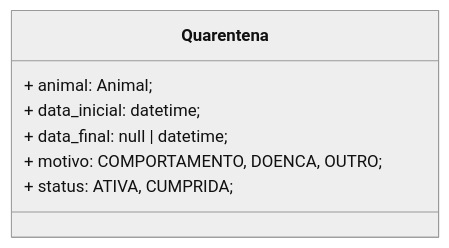
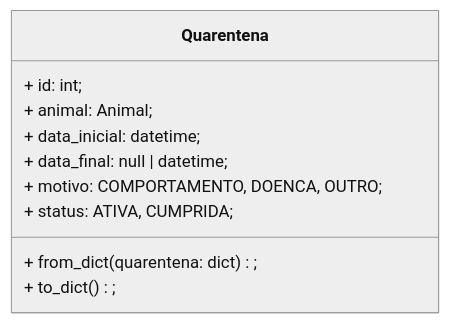
The fifth of 8 diagrams in docs/uml.md (Alisson014/projeto-1-poo-sistema-adocao-animais), drawn with Mermaid (neutral theme) before and after one commit. The commit also changed other lines of this file, not shown here.

Commit message:
docs: update uml.md to reflect step 3 alterations

````diff
--- a/docs/uml.md
+++ b/docs/uml.md
@@ -198,10 +225,13 @@
 ```mermaid
 classDiagram
     class Quarentena {
+        + id: int;
         + animal: Animal;
         + data_inicial: datetime;
         + data_final: null | datetime;
         + motivo: COMPORTAMENTO, DOENCA, OUTRO;
         + status: ATIVA, CUMPRIDA;
+        + from_dict(quarentena: dict);
+        + to_dict();
     }
 ```
````
